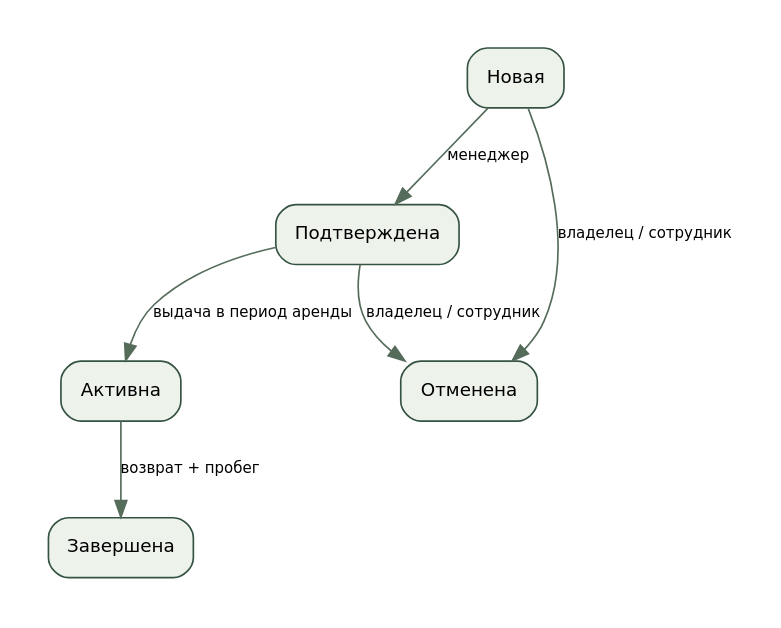
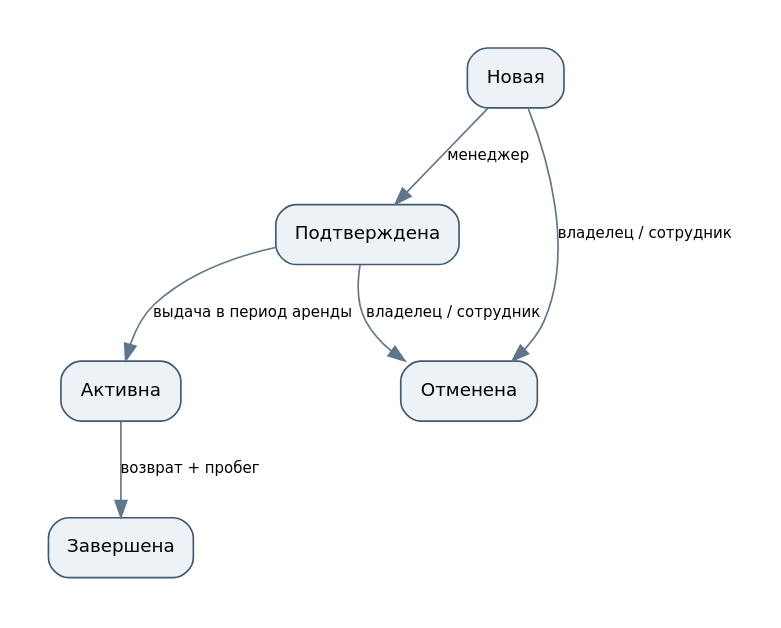
One commit to alexander2007B/cursovaya changed the diagram in docs/diagrams/states.dot. Above: the diagram before and after it, drawn with Graphviz. The commit also changed 124 other files, not shown here.

```diff
--- a/docs/diagrams/states.dot
+++ b/docs/diagrams/states.dot
@@ -1,1 +1,1 @@
-digraph G {graph [fontname="DejaVu Sans",bgcolor="white",pad="0.3",ranksep="0.65",nodesep="0.35"]; node [fontname="DejaVu Sans",fontsize=11,shape=box,style="rounded,filled",fillcolor="#edf2eb",color="#355343",margin="0.15"]; edge [fontname="DejaVu Sans",fontsize=9,color="#566c5b"];rankdir=TB;new[label="Новая"];confirmed[label="Подтверждена"];active[label="Активна"];completed[label="Завершена"];cancelled[label="Отменена"];new->confirmed[label="менеджер"];confirmed->active[label="выдача в период аренды"];active->completed[label="возврат + пробег"];new->cancelled[label="владелец / сотрудник"];confirmed->cancelled[label="владелец / сотрудник"];}
+digraph G {graph [fontname="DejaVu Sans",bgcolor="white",pad="0.3",ranksep="0.65",nodesep="0.35"]; node [fontname="DejaVu Sans",fontsize=11,shape=box,style="rounded,filled",fillcolor="#edf2f7",color="#425a70",margin="0.15"]; edge [fontname="DejaVu Sans",fontsize=9,color="#60768a"];rankdir=TB;new[label="Новая"];confirmed[label="Подтверждена"];active[label="Активна"];completed[label="Завершена"];cancelled[label="Отменена"];new->confirmed[label="менеджер"];confirmed->active[label="выдача в период аренды"];active->completed[label="возврат + пробег"];new->cancelled[label="владелец / сотрудник"];confirmed->cancelled[label="владелец / сотрудник"];}
```
